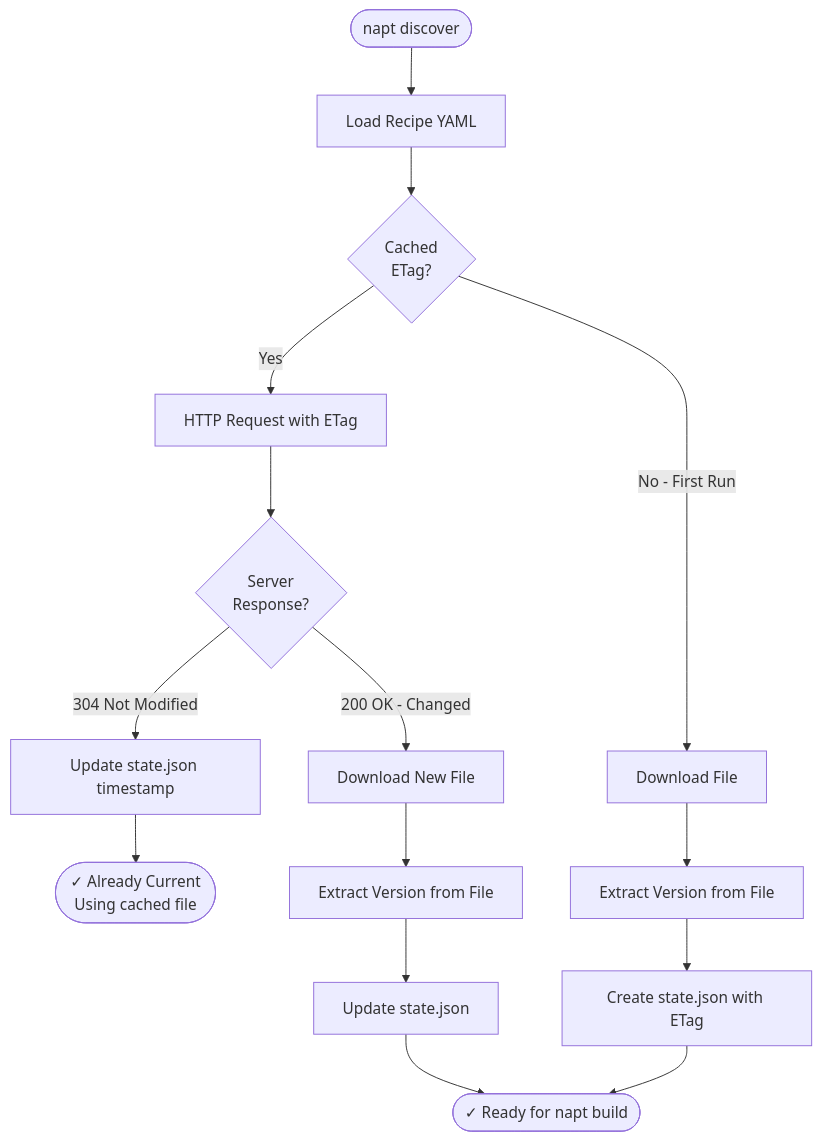
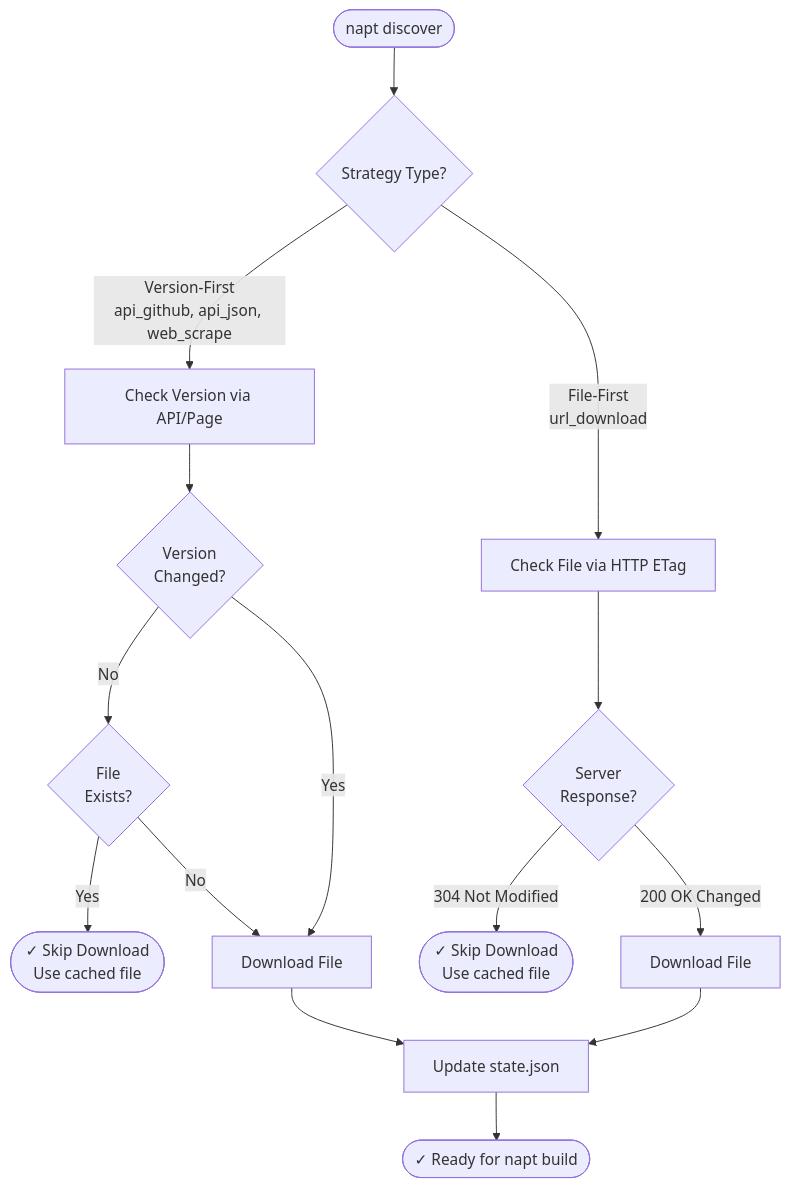
Before and after one commit to RogerCibrian/notapkgtool: the second of 2 diagrams in docs/user-guide.md, drawn with Mermaid. The commit also changed other lines of this file and 6 other files, not shown here.

````diff
--- a/docs/user-guide.md
+++ b/docs/user-guide.md
@@ -281,21 +381,21 @@
 ```mermaid
 flowchart TD
-    Start([napt discover]) --> LoadRecipe[Load Recipe YAML]
-    LoadRecipe --> CheckCache{Cached<br/>ETag?}
+    Start([napt discover]) --> Strategy{Strategy Type?}
     
-    CheckCache -->|Yes| ConditionalRequest[HTTP Request with ETag]
-    CheckCache -->|No - First Run| DownloadFirst[Download File]
+    Strategy -->|Version-First<br/>api_github, api_json, web_scrape| CheckVersion[Check Version via API/Page]
+    Strategy -->|File-First<br/>url_download| CheckETag[Check File via HTTP ETag]
     
-    ConditionalRequest --> ServerResponse{Server<br/>Response?}
-    ServerResponse -->|304 Not Modified| UpdateTimestamp[Update state.json timestamp]
-    UpdateTimestamp --> Done([✓ Already Current<br/>Using cached file])
+    CheckVersion --> VersionChanged{Version<br/>Changed?}
+    VersionChanged -->|No| FileExists{File<br/>Exists?}
+    FileExists -->|Yes| SkipDownload1([✓ Skip Download<br/>Use cached file])
+    FileExists -->|No| Download1[Download File]
+    VersionChanged -->|Yes| Download1
     
-    ServerResponse -->|200 OK - Changed| DownloadNew[Download New File]
-    DownloadNew --> ExtractVersion[Extract Version from File]
-    ExtractVersion --> UpdateState[Update state.json]
+    CheckETag --> ETagResponse{Server<br/>Response?}
+    ETagResponse -->|304 Not Modified| SkipDownload2([✓ Skip Download<br/>Use cached file])
+    ETagResponse -->|200 OK Changed| Download2[Download File]
+    
+    Download1 --> UpdateState[Update state.json]
+    Download2 --> UpdateState
     UpdateState --> Ready([✓ Ready for napt build])
-    
-    DownloadFirst --> ExtractFirst[Extract Version from File]
-    ExtractFirst --> CreateState[Create state.json with ETag]
-    CreateState --> Ready
 ```
````
